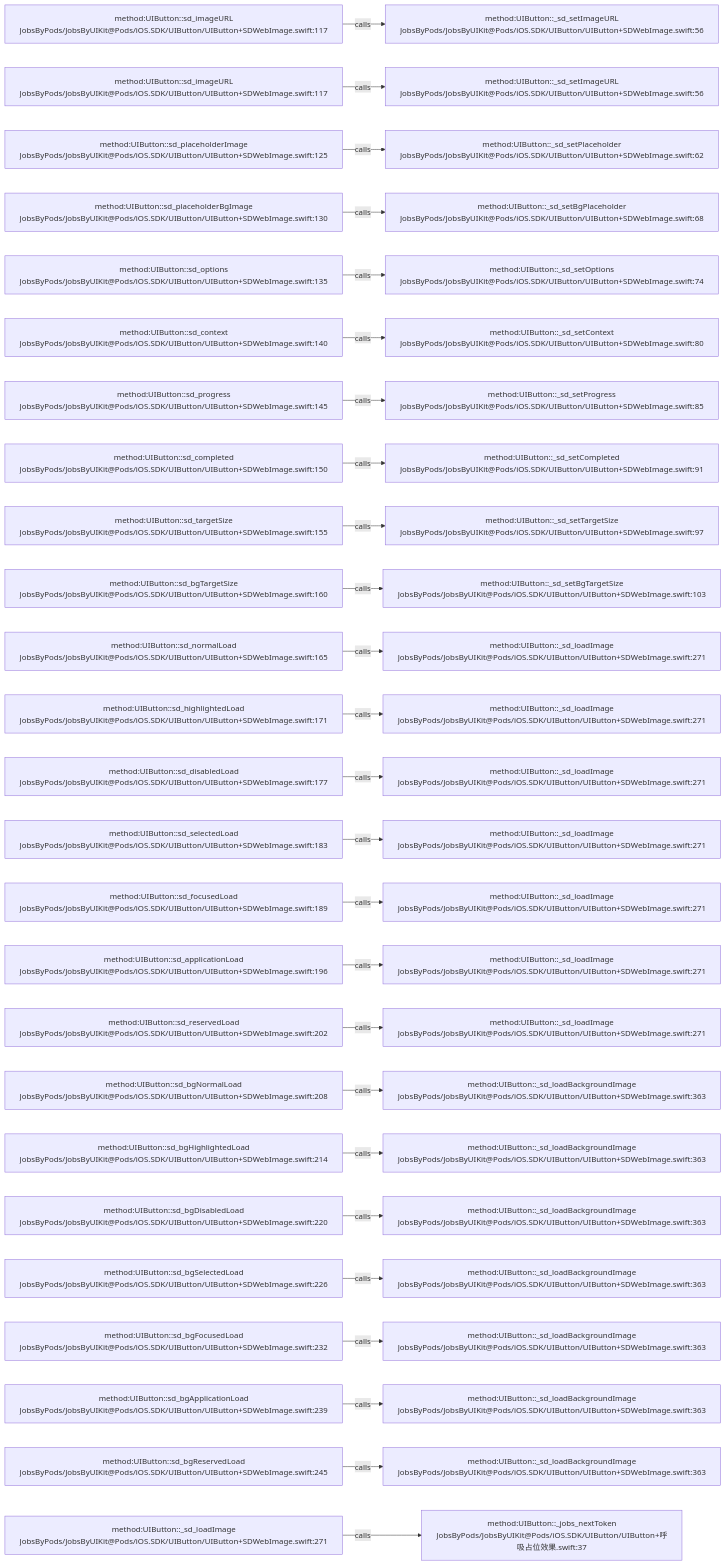
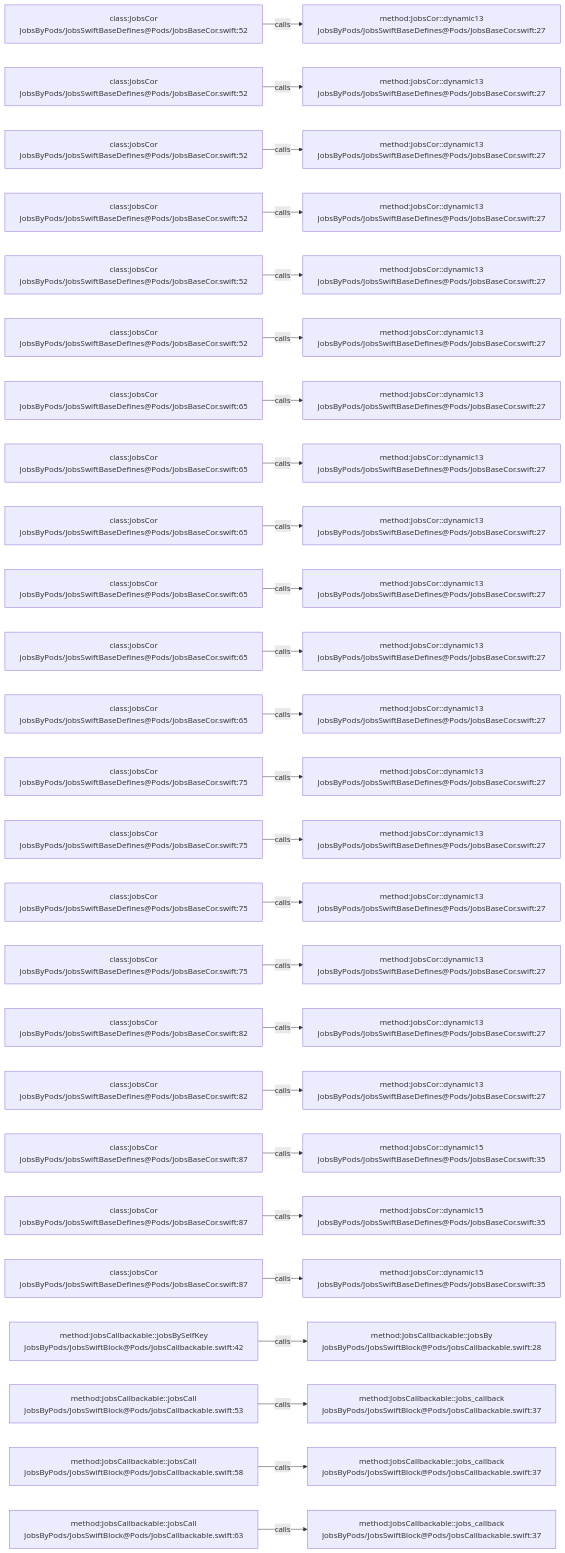
One commit to JobsKits/JobsSwiftBaseConfigDemo changed the diagram in .codegraph/codegraph.md/graphs/calls-013.md. Above: the diagram before and after it, drawn with Mermaid. The commit also changed 227 other files, not shown here.

````diff
--- a/.codegraph/codegraph.md/graphs/calls-013.md
+++ b/.codegraph/codegraph.md/graphs/calls-013.md
@@ -13,78 +13,78 @@
 ```mermaid
 flowchart LR
-  S1["method:UIButton::sd_imageURL<br/>JobsByPods/JobsByUIKit@Pods/iOS.SDK/UIButton/UIButton+SDWebImage.swift:117"]
-  T1["method:UIButton::_sd_setImageURL<br/>JobsByPods/JobsByUIKit@Pods/iOS.SDK/UIButton/UIButton+SDWebImage.swift:56"]
+  S1["class:JobsCor<br/>JobsByPods/JobsSwiftBaseDefines@Pods/JobsBaseCor.swift:52"]
+  T1["method:JobsCor::dynamic13<br/>JobsByPods/JobsSwiftBaseDefines@Pods/JobsBaseCor.swift:27"]
   S1 -->|calls| T1
-  S2["method:UIButton::sd_imageURL<br/>JobsByPods/JobsByUIKit@Pods/iOS.SDK/UIButton/UIButton+SDWebImage.swift:117"]
-  T2["method:UIButton::_sd_setImageURL<br/>JobsByPods/JobsByUIKit@Pods/iOS.SDK/UIButton/UIButton+SDWebImage.swift:56"]
+  S2["class:JobsCor<br/>JobsByPods/JobsSwiftBaseDefines@Pods/JobsBaseCor.swift:52"]
+  T2["method:JobsCor::dynamic13<br/>JobsByPods/JobsSwiftBaseDefines@Pods/JobsBaseCor.swift:27"]
   S2 -->|calls| T2
-  S3["method:UIButton::sd_placeholderImage<br/>JobsByPods/JobsByUIKit@Pods/iOS.SDK/UIButton/UIButton+SDWebImage.swift:125"]
-  T3["method:UIButton::_sd_setPlaceholder<br/>JobsByPods/JobsByUIKit@Pods/iOS.SDK/UIButton/UIButton+SDWebImage.swift:62"]
+  S3["class:JobsCor<br/>JobsByPods/JobsSwiftBaseDefines@Pods/JobsBaseCor.swift:52"]
+  T3["method:JobsCor::dynamic13<br/>JobsByPods/JobsSwiftBaseDefines@Pods/JobsBaseCor.swift:27"]
   S3 -->|calls| T3
-  S4["method:UIButton::sd_placeholderBgImage<br/>JobsByPods/JobsByUIKit@Pods/iOS.SDK/UIButton/UIButton+SDWebImage.swift:130"]
-  T4["method:UIButton::_sd_setBgPlaceholder<br/>JobsByPods/JobsByUIKit@Pods/iOS.SDK/UIButton/UIButton+SDWebImage.swift:68"]
+  S4["class:JobsCor<br/>JobsByPods/JobsSwiftBaseDefines@Pods/JobsBaseCor.swift:52"]
+  T4["method:JobsCor::dynamic13<br/>JobsByPods/JobsSwiftBaseDefines@Pods/JobsBaseCor.swift:27"]
   S4 -->|calls| T4
-  S5["method:UIButton::sd_options<br/>JobsByPods/JobsByUIKit@Pods/iOS.SDK/UIButton/UIButton+SDWebImage.swift:135"]
-  T5["method:UIButton::_sd_setOptions<br/>JobsByPods/JobsByUIKit@Pods/iOS.SDK/UIButton/UIButton+SDWebImage.swift:74"]
+  S5["class:JobsCor<br/>JobsByPods/JobsSwiftBaseDefines@Pods/JobsBaseCor.swift:52"]
+  T5["method:JobsCor::dynamic13<br/>JobsByPods/JobsSwiftBaseDefines@Pods/JobsBaseCor.swift:27"]
   S5 -->|calls| T5
-  S6["method:UIButton::sd_context<br/>JobsByPods/JobsByUIKit@Pods/iOS.SDK/UIButton/UIButton+SDWebImage.swift:140"]
-  T6["method:UIButton::_sd_setContext<br/>JobsByPods/JobsByUIKit@Pods/iOS.SDK/UIButton/UIButton+SDWebImage.swift:80"]
+  S6["class:JobsCor<br/>JobsByPods/JobsSwiftBaseDefines@Pods/JobsBaseCor.swift:52"]
+  T6["method:JobsCor::dynamic13<br/>JobsByPods/JobsSwiftBaseDefines@Pods/JobsBaseCor.swift:27"]
   S6 -->|calls| T6
-  S7["method:UIButton::sd_progress<br/>JobsByPods/JobsByUIKit@Pods/iOS.SDK/UIButton/UIButton+SDWebImage.swift:145"]
-  T7["method:UIButton::_sd_setProgress<br/>JobsByPods/JobsByUIKit@Pods/iOS.SDK/UIButton/UIButton+SDWebImage.swift:85"]
+  S7["class:JobsCor<br/>JobsByPods/JobsSwiftBaseDefines@Pods/JobsBaseCor.swift:65"]
+  T7["method:JobsCor::dynamic13<br/>JobsByPods/JobsSwiftBaseDefines@Pods/JobsBaseCor.swift:27"]
   S7 -->|calls| T7
-  S8["method:UIButton::sd_completed<br/>JobsByPods/JobsByUIKit@Pods/iOS.SDK/UIButton/UIButton+SDWebImage.swift:150"]
-  T8["method:UIButton::_sd_setCompleted<br/>JobsByPods/JobsByUIKit@Pods/iOS.SDK/UIButton/UIButton+SDWebImage.swift:91"]
+  S8["class:JobsCor<br/>JobsByPods/JobsSwiftBaseDefines@Pods/JobsBaseCor.swift:65"]
+  T8["method:JobsCor::dynamic13<br/>JobsByPods/JobsSwiftBaseDefines@Pods/JobsBaseCor.swift:27"]
   S8 -->|calls| T8
-  S9["method:UIButton::sd_targetSize<br/>JobsByPods/JobsByUIKit@Pods/iOS.SDK/UIButton/UIButton+SDWebImage.swift:155"]
-  T9["method:UIButton::_sd_setTargetSize<br/>JobsByPods/JobsByUIKit@Pods/iOS.SDK/UIButton/UIButton+SDWebImage.swift:97"]
+  S9["class:JobsCor<br/>JobsByPods/JobsSwiftBaseDefines@Pods/JobsBaseCor.swift:65"]
+  T9["method:JobsCor::dynamic13<br/>JobsByPods/JobsSwiftBaseDefines@Pods/JobsBaseCor.swift:27"]
   S9 -->|calls| T9
-  S10["method:UIButton::sd_bgTargetSize<br/>JobsByPods/JobsByUIKit@Pods/iOS.SDK/UIButton/UIButton+SDWebImage.swift:160"]
-  T10["method:UIButton::_sd_setBgTargetSize<br/>JobsByPods/JobsByUIKit@Pods/iOS.SDK/UIButton/UIButton+SDWebImage.swift:103"]
+  S10["class:JobsCor<br/>JobsByPods/JobsSwiftBaseDefines@Pods/JobsBaseCor.swift:65"]
+  T10["method:JobsCor::dynamic13<br/>JobsByPods/JobsSwiftBaseDefines@Pods/JobsBaseCor.swift:27"]
   S10 -->|calls| T10
-  S11["method:UIButton::sd_normalLoad<br/>JobsByPods/JobsByUIKit@Pods/iOS.SDK/UIButton/UIButton+SDWebImage.swift:165"]
-  T11["method:UIButton::_sd_loadImage<br/>JobsByPods/JobsByUIKit@Pods/iOS.SDK/UIButton/UIButton+SDWebImage.swift:271"]
+  S11["class:JobsCor<br/>JobsByPods/JobsSwiftBaseDefines@Pods/JobsBaseCor.swift:65"]
+  T11["method:JobsCor::dynamic13<br/>JobsByPods/JobsSwiftBaseDefines@Pods/JobsBaseCor.swift:27"]
   S11 -->|calls| T11
-  S12["method:UIButton::sd_highlightedLoad<br/>JobsByPods/JobsByUIKit@Pods/iOS.SDK/UIButton/UIButton+SDWebImage.swift:171"]
-  T12["method:UIButton::_sd_loadImage<br/>JobsByPods/JobsByUIKit@Pods/iOS.SDK/UIButton/UIButton+SDWebImage.swift:271"]
+  S12["class:JobsCor<br/>JobsByPods/JobsSwiftBaseDefines@Pods/JobsBaseCor.swift:65"]
+  T12["method:JobsCor::dynamic13<br/>JobsByPods/JobsSwiftBaseDefines@Pods/JobsBaseCor.swift:27"]
   S12 -->|calls| T12
-  S13["method:UIButton::sd_disabledLoad<br/>JobsByPods/JobsByUIKit@Pods/iOS.SDK/UIButton/UIButton+SDWebImage.swift:177"]
-  T13["method:UIButton::_sd_loadImage<br/>JobsByPods/JobsByUIKit@Pods/iOS.SDK/UIButton/UIButton+SDWebImage.swift:271"]
+  S13["class:JobsCor<br/>JobsByPods/JobsSwiftBaseDefines@Pods/JobsBaseCor.swift:75"]
+  T13["method:JobsCor::dynamic13<br/>JobsByPods/JobsSwiftBaseDefines@Pods/JobsBaseCor.swift:27"]
   S13 -->|calls| T13
-  S14["method:UIButton::sd_selectedLoad<br/>JobsByPods/JobsByUIKit@Pods/iOS.SDK/UIButton/UIButton+SDWebImage.swift:183"]
-  T14["method:UIButton::_sd_loadImage<br/>JobsByPods/JobsByUIKit@Pods/iOS.SDK/UIButton/UIButton+SDWebImage.swift:271"]
+  S14["class:JobsCor<br/>JobsByPods/JobsSwiftBaseDefines@Pods/JobsBaseCor.swift:75"]
+  T14["method:JobsCor::dynamic13<br/>JobsByPods/JobsSwiftBaseDefines@Pods/JobsBaseCor.swift:27"]
   S14 -->|calls| T14
-  S15["method:UIButton::sd_focusedLoad<br/>JobsByPods/JobsByUIKit@Pods/iOS.SDK/UIButton/UIButton+SDWebImage.swift:189"]
-  T15["method:UIButton::_sd_loadImage<br/>JobsByPods/JobsByUIKit@Pods/iOS.SDK/UIButton/UIButton+SDWebImage.swift:271"]
+  S15["class:JobsCor<br/>JobsByPods/JobsSwiftBaseDefines@Pods/JobsBaseCor.swift:75"]
+  T15["method:JobsCor::dynamic13<br/>JobsByPods/JobsSwiftBaseDefines@Pods/JobsBaseCor.swift:27"]
   S15 -->|calls| T15
-  S16["method:UIButton::sd_applicationLoad<br/>JobsByPods/JobsByUIKit@Pods/iOS.SDK/UIButton/UIButton+SDWebImage.swift:196"]
-  T16["method:UIButton::_sd_loadImage<br/>JobsByPods/JobsByUIKit@Pods/iOS.SDK/UIButton/UIButton+SDWebImage.swift:271"]
+  S16["class:JobsCor<br/>JobsByPods/JobsSwiftBaseDefines@Pods/JobsBaseCor.swift:75"]
+  T16["method:JobsCor::dynamic13<br/>JobsByPods/JobsSwiftBaseDefines@Pods/JobsBaseCor.swift:27"]
   S16 -->|calls| T16
-  S17["method:UIButton::sd_reservedLoad<br/>JobsByPods/JobsByUIKit@Pods/iOS.SDK/UIButton/UIButton+SDWebImage.swift:202"]
-  T17["method:UIButton::_sd_loadImage<br/>JobsByPods/JobsByUIKit@Pods/iOS.SDK/UIButton/UIButton+SDWebImage.swift:271"]
+  S17["class:JobsCor<br/>JobsByPods/JobsSwiftBaseDefines@Pods/JobsBaseCor.swift:82"]
+  T17["method:JobsCor::dynamic13<br/>JobsByPods/JobsSwiftBaseDefines@Pods/JobsBaseCor.swift:27"]
   S17 -->|calls| T17
-  S18["method:UIButton::sd_bgNormalLoad<br/>JobsByPods/JobsByUIKit@Pods/iOS.SDK/UIButton/UIButton+SDWebImage.swift:208"]
-  T18["method:UIButton::_sd_loadBackgroundImage<br/>JobsByPods/JobsByUIKit@Pods/iOS.SDK/UIButton/UIButton+SDWebImage.swift:363"]
+  S18["class:JobsCor<br/>JobsByPods/JobsSwiftBaseDefines@Pods/JobsBaseCor.swift:82"]
+  T18["method:JobsCor::dynamic13<br/>JobsByPods/JobsSwiftBaseDefines@Pods/JobsBaseCor.swift:27"]
   S18 -->|calls| T18
-  S19["method:UIButton::sd_bgHighlightedLoad<br/>JobsByPods/JobsByUIKit@Pods/iOS.SDK/UIButton/UIButton+SDWebImage.swift:214"]
-  T19["method:UIButton::_sd_loadBackgroundImage<br/>JobsByPods/JobsByUIKit@Pods/iOS.SDK/UIButton/UIButton+SDWebImage.swift:363"]
+  S19["class:JobsCor<br/>JobsByPods/JobsSwiftBaseDefines@Pods/JobsBaseCor.swift:87"]
+  T19["method:JobsCor::dynamic15<br/>JobsByPods/JobsSwiftBaseDefines@Pods/JobsBaseCor.swift:35"]
   S19 -->|calls| T19
-  S20["method:UIButton::sd_bgDisabledLoad<br/>JobsByPods/JobsByUIKit@Pods/iOS.SDK/UIButton/UIButton+SDWebImage.swift:220"]
-  T20["method:UIButton::_sd_loadBackgroundImage<br/>JobsByPods/JobsByUIKit@Pods/iOS.SDK/UIButton/UIButton+SDWebImage.swift:363"]
+  S20["class:JobsCor<br/>JobsByPods/JobsSwiftBaseDefines@Pods/JobsBaseCor.swift:87"]
+  T20["method:JobsCor::dynamic15<br/>JobsByPods/JobsSwiftBaseDefines@Pods/JobsBaseCor.swift:35"]
   S20 -->|calls| T20
-  S21["method:UIButton::sd_bgSelectedLoad<br/>JobsByPods/JobsByUIKit@Pods/iOS.SDK/UIButton/UIButton+SDWebImage.swift:226"]
-  T21["method:UIButton::_sd_loadBackgroundImage<br/>JobsByPods/JobsByUIKit@Pods/iOS.SDK/UIButton/UIButton+SDWebImage.swift:363"]
+  S21["class:JobsCor<br/>JobsByPods/JobsSwiftBaseDefines@Pods/JobsBaseCor.swift:87"]
+  T21["method:JobsCor::dynamic15<br/>JobsByPods/JobsSwiftBaseDefines@Pods/JobsBaseCor.swift:35"]
   S21 -->|calls| T21
-  S22["method:UIButton::sd_bgFocusedLoad<br/>JobsByPods/JobsByUIKit@Pods/iOS.SDK/UIButton/UIButton+SDWebImage.swift:232"]
-  T22["method:UIButton::_sd_loadBackgroundImage<br/>JobsByPods/JobsByUIKit@Pods/iOS.SDK/UIButton/UIButton+SDWebImage.swift:363"]
+  S22["method:JobsCallbackable::jobsBySelfKey<br/>JobsByPods/JobsSwiftBlock@Pods/JobsCallbackable.swift:42"]
+  T22["method:JobsCallbackable::jobsBy<br/>JobsByPods/JobsSwiftBlock@Pods/JobsCallbackable.swift:28"]
   S22 -->|calls| T22
-  S23["method:UIButton::sd_bgApplicationLoad<br/>JobsByPods/JobsByUIKit@Pods/iOS.SDK/UIButton/UIButton+SDWebImage.swift:239"]
-  T23["method:UIButton::_sd_loadBackgroundImage<br/>JobsByPods/JobsByUIKit@Pods/iOS.SDK/UIButton/UIButton+SDWebImage.swift:363"]
+  S23["method:JobsCallbackable::jobsCall<br/>JobsByPods/JobsSwiftBlock@Pods/JobsCallbackable.swift:53"]
+  T23["method:JobsCallbackable::jobs_callback<br/>JobsByPods/JobsSwiftBlock@Pods/JobsCallbackable.swift:37"]
   S23 -->|calls| T23
-  S24["method:UIButton::sd_bgReservedLoad<br/>JobsByPods/JobsByUIKit@Pods/iOS.SDK/UIButton/UIButton+SDWebImage.swift:245"]
-  T24["method:UIButton::_sd_loadBackgroundImage<br/>JobsByPods/JobsByUIKit@Pods/iOS.SDK/UIButton/UIButton+SDWebImage.swift:363"]
+  S24["method:JobsCallbackable::jobsCall<br/>JobsByPods/JobsSwiftBlock@Pods/JobsCallbackable.swift:58"]
+  T24["method:JobsCallbackable::jobs_callback<br/>JobsByPods/JobsSwiftBlock@Pods/JobsCallbackable.swift:37"]
   S24 -->|calls| T24
-  S25["method:UIButton::_sd_loadImage<br/>JobsByPods/JobsByUIKit@Pods/iOS.SDK/UIButton/UIButton+SDWebImage.swift:271"]
-  T25["method:UIButton::_jobs_nextToken<br/>JobsByPods/JobsByUIKit@Pods/iOS.SDK/UIButton/UIButton+呼吸占位效果.swift:37"]
+  S25["method:JobsCallbackable::jobsCall<br/>JobsByPods/JobsSwiftBlock@Pods/JobsCallbackable.swift:63"]
+  T25["method:JobsCallbackable::jobs_callback<br/>JobsByPods/JobsSwiftBlock@Pods/JobsCallbackable.swift:37"]
   S25 -->|calls| T25
 ```
````
